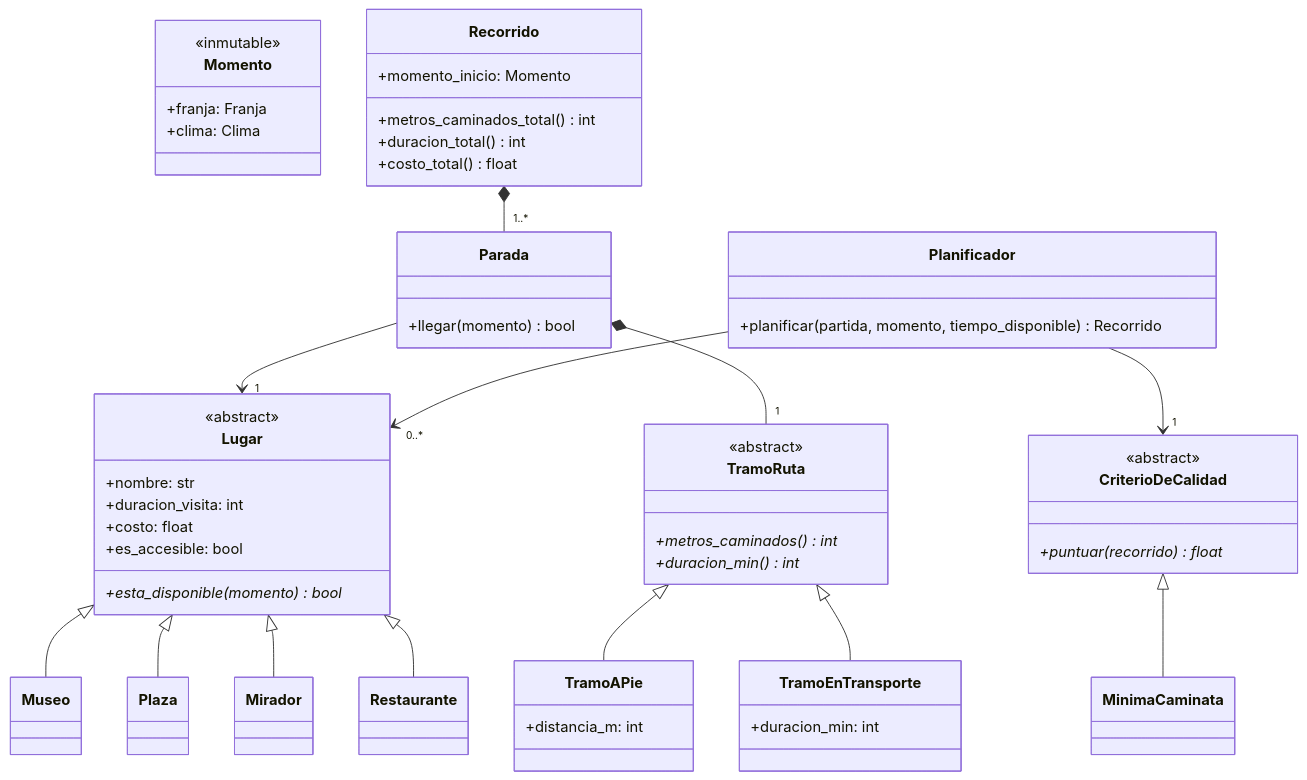
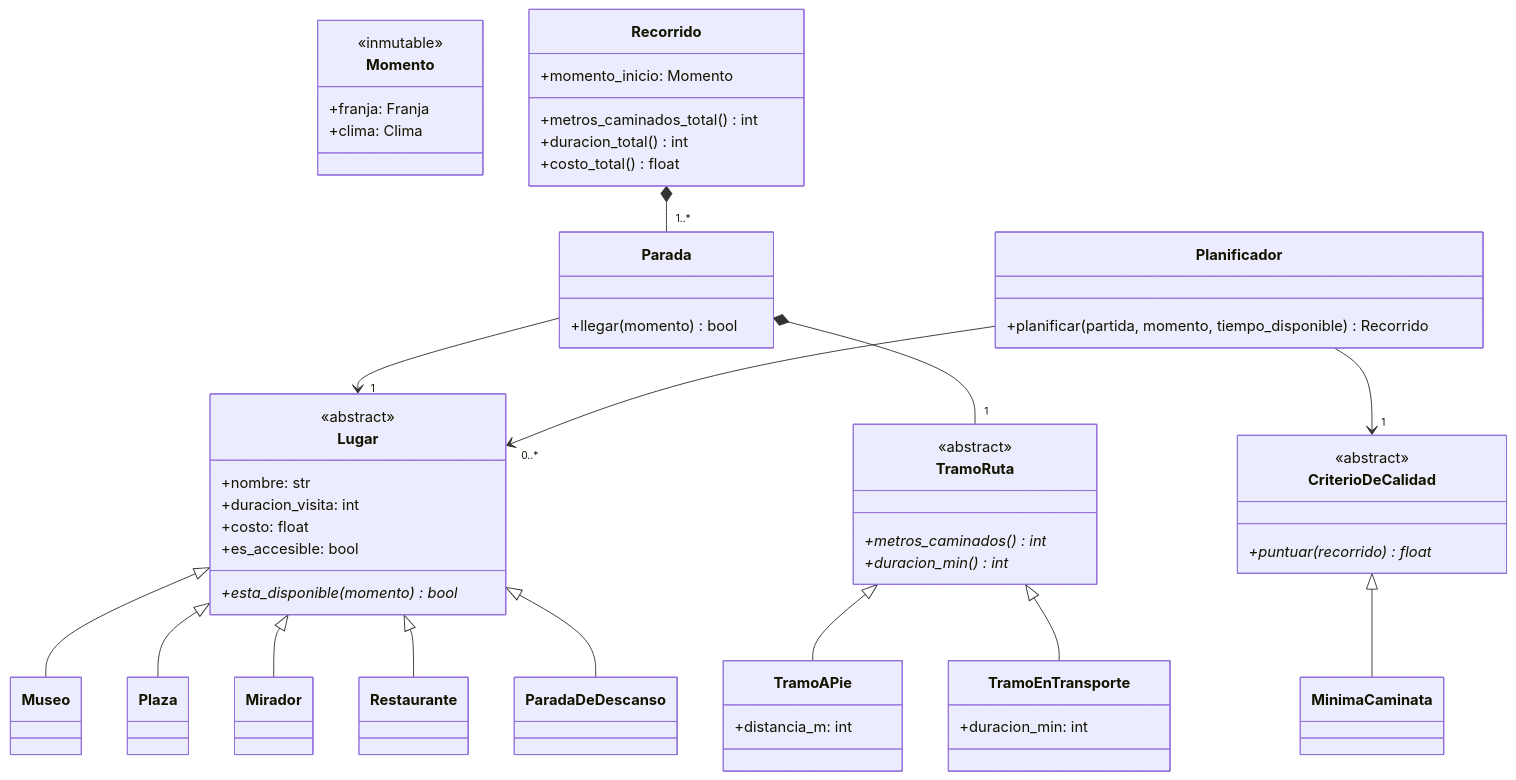
Before and after one commit to ernelol/ruta-viva: the diagram in DISENO.md, drawn with Mermaid. The commit also changed other lines of this file and 1 other file, not shown here.

First line of the commit message:
Agrega ParadaDeDescanso como quinto tipo de Lugar

````diff
--- a/DISENO.md
+++ b/DISENO.md
@@ -22,66 +22,68 @@
 ```mermaid
 classDiagram
     class Lugar {
         <<abstract>>
         +nombre: str
         +duracion_visita: int
         +costo: float
         +es_accesible: bool
         +esta_disponible(momento) bool*
     }
     class Museo
     class Plaza
     class Mirador
     class Restaurante
+    class ParadaDeDescanso
     Lugar <|-- Museo
     Lugar <|-- Plaza
     Lugar <|-- Mirador
     Lugar <|-- Restaurante
+    Lugar <|-- ParadaDeDescanso
 
     class Momento {
         <<inmutable>>
         +franja: Franja
         +clima: Clima
     }
 
     class TramoRuta {
         <<abstract>>
         +metros_caminados() int*
         +duracion_min() int*
     }
     class TramoAPie {
         +distancia_m: int
     }
     class TramoEnTransporte {
         +duracion_min: int
     }
     TramoRuta <|-- TramoAPie
     TramoRuta <|-- TramoEnTransporte
 
     class Parada {
         +llegar(momento) bool
     }
     Parada --> "1" Lugar
     Parada *-- "1" TramoRuta
 
     class Recorrido {
         +momento_inicio: Momento
         +metros_caminados_total() int
         +duracion_total() int
         +costo_total() float
     }
     Recorrido *-- "1..*" Parada
 
     class CriterioDeCalidad {
         <<abstract>>
         +puntuar(recorrido) float*
     }
     class MinimaCaminata
     CriterioDeCalidad <|-- MinimaCaminata
 
     class Planificador {
         +planificar(partida, momento, tiempo_disponible) Recorrido
     }
     Planificador --> "0..*" Lugar
     Planificador --> "1" CriterioDeCalidad
 ```
````
